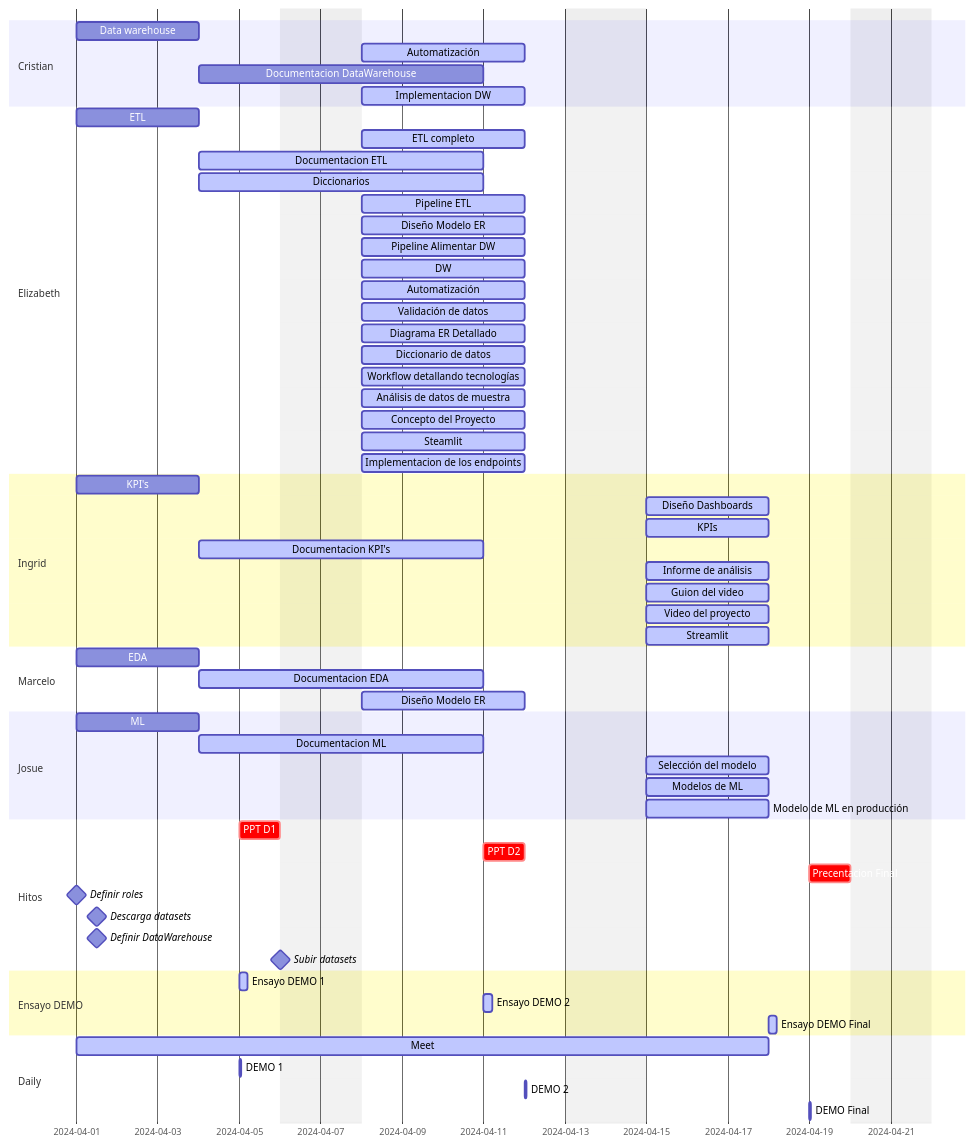
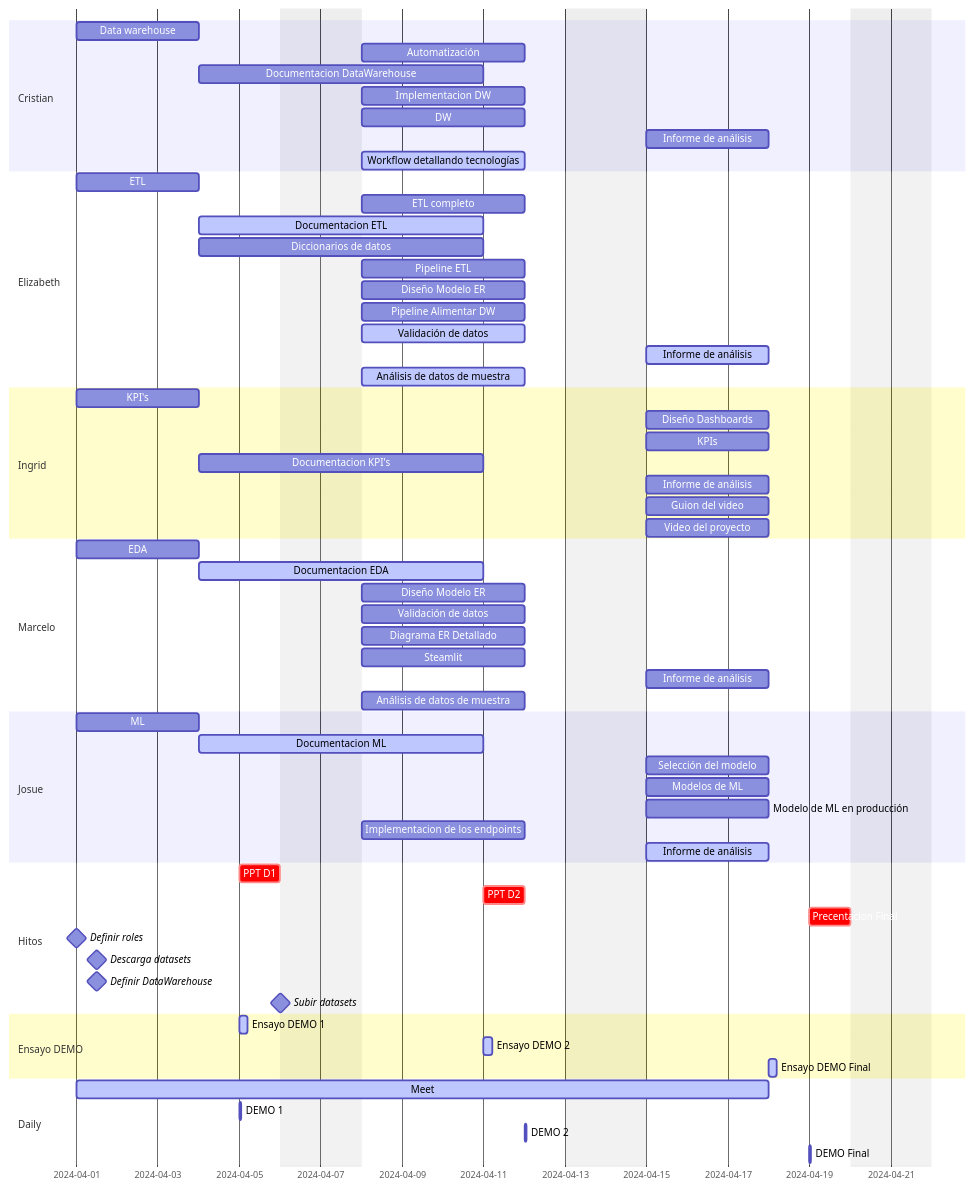
One commit to marceloyuba/SDT changed the diagram in Documentacion/Gantt.md. Above: the diagram before and after it, drawn with Mermaid.

```diff
--- a/Documentacion/Gantt.md
+++ b/Documentacion/Gantt.md
@@ -9,56 +9,60 @@
     section Cristian
     
     Data warehouse            :  des4, 2024-04-01, 3d
-    Automatización             :active,    des11, 2024-04-08, 4d
+    Automatización             :    des11, 2024-04-08, 4d
     Documentacion DataWarehouse       : a1, after des4, 5d
-    Implementacion DW         :active,    des7, 2024-04-08, 4d
+    Implementacion DW         :    des7, 2024-04-08, 4d
+    DW                          :    des10, 2024-04-08, 4d
+    Informe de análisis               :    des25, 2024-04-15, 3d
+    Workflow detallando tecnologías :active,    des15, 2024-04-08, 4d
 
     section Elizabeth
 
     ETL                       :    des1, 2024-04-01, 3d 
-    ETL completo               :active,    des6, 2024-04-08, 4d
+    ETL completo               :    des6, 2024-04-08, 4d
     Documentacion ETL               :active, a1, after des1, 5d
-    Diccionarios              :active, a1, after des1, 5d
-    Pipeline ETL               :active,    des8, 2024-04-08, 4d
-    Diseño Modelo ER           :active,    des8, 2024-04-08, 4d 
-    Pipeline Alimentar DW       :active,    des9, 2024-04-08, 4d
-    DW                          :active,    des10, 2024-04-08, 4d
-    Automatización             :active,    des11, 2024-04-08, 4d
+    Diccionarios de datos             : a1, after des1, 5d
+    Pipeline ETL               :    des8, 2024-04-08, 4d
+    Diseño Modelo ER           :    des8, 2024-04-08, 4d 
+    Pipeline Alimentar DW       :    des9, 2024-04-08, 4d
     Validación de datos         :active,    des12, 2024-04-08, 4d
-    Diagrama ER Detallado       :active,    des13, 2024-04-08, 4d
-    Diccionario de datos        :active,    des14, 2024-04-08, 4d
-    Workflow detallando tecnologías :active,    des15, 2024-04-08, 4d
+    Informe de análisis               :active,    des25, 2024-04-15, 3d
     Análisis de datos de muestra   :active,    des16, 2024-04-08, 4d
-    Concepto del Proyecto         :active,    des17, 2024-04-08, 4d
-    Steamlit                     :active,    des18, 2024-04-08, 4d
-    Implementacion de los endpoints     :active,    des19, 2024-04-08, 4d
+   
+    
+    
 
     section Ingrid
     KPI's                     :   des3,  2024-04-01, 3d
-    Diseño Dashboards              :active,    des20, 2024-04-15, 3d
-    KPIs                           :active,    des21, 2024-04-15, 3d
-    Documentacion KPI's              :active, a1, after des1, 5d
+    Diseño Dashboards              :    des20, 2024-04-15, 3d
+    KPIs                           :   des21, 2024-04-15, 3d
+    Documentacion KPI's              : a1, after des1, 5d
+   
     
-    Informe de análisis               :active,    des25, 2024-04-15, 3d
-    Guion del video                  :active,    des26, 2024-04-15, 3d
-    Video del proyecto              :active,    des27, 2024-04-15, 3d
-    Streamlit                       :active, des28, 2024-04-15, 3d
+    Informe de análisis               :   des25, 2024-04-15, 3d
+    Guion del video                  :    des26, 2024-04-15, 3d
+    Video del proyecto              :  des27, 2024-04-15, 3d
+    
 
 
     section Marcelo
     EDA                          :  des2, 2024-04-01, 3d
     Documentacion EDA              :active, a1, after des1, 5d
-    Diseño Modelo ER           :active,    des8, 2024-04-08, 4d 
-
+    Diseño Modelo ER           :    des8, 2024-04-08, 4d
+    Validación de datos         :    des12, 2024-04-08, 4d
+    Diagrama ER Detallado       :    des13, 2024-04-08, 4d
+    Steamlit                     :    des18, 2024-04-08, 4d
+    Informe de análisis               :    des25, 2024-04-15, 3d
+    Análisis de datos de muestra   :   des16, 2024-04-08, 4d
 
     section Josue
     ML                           : des5, 2024-04-01, 3d
     Documentacion ML                   :active, a1, after des1, 5d
-    Selección del modelo         :active,    des24, 2024-04-15, 3d
-    Modelos de ML                   :active,    des22, 2024-04-15, 3d
-    Modelo de ML en producción      :active,    des23, 2024-04-15, 3d
-
-
+    Selección del modelo         :    des24, 2024-04-15, 3d
+    Modelos de ML                   :    des22, 2024-04-15, 3d
+    Modelo de ML en producción      :    des23, 2024-04-15, 3d
+    Implementacion de los endpoints     :    des19, 2024-04-08, 4d
+    Informe de análisis               :active,    des25, 2024-04-15, 3d
     section Hitos
     PPT D1                              :crit,  2024-04-05,24h
     PPT D2                              :crit,  2024-04-11,24h
```
